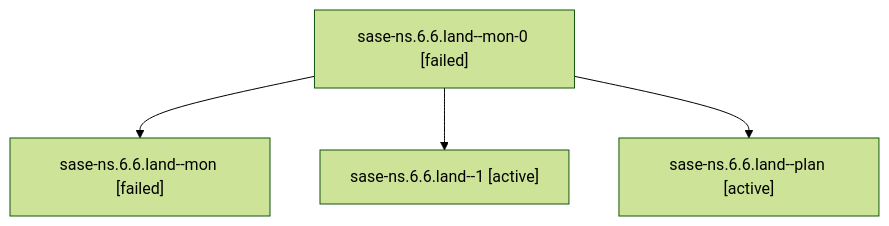
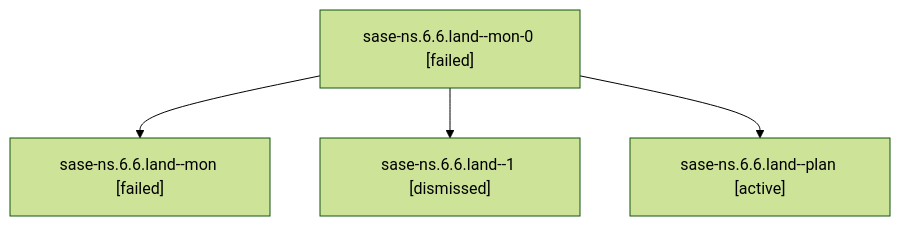
One commit to sase-org/sase--agents changed the diagram in sessions/bbugyi200.athena.sase-ns.6.6.land.md. Above: the diagram before and after it, drawn with Mermaid (forest theme). The commit also changed other lines of this file and 219 other files, not shown here.

````diff
--- a/sessions/bbugyi200.athena.sase-ns.6.6.land.md
+++ b/sessions/bbugyi200.athena.sase-ns.6.6.land.md
@@ -9,10 +9,10 @@
 ```mermaid
 flowchart TD
   n0["sase-ns.6.6.land--mon-0 [failed]"]
   n1["sase-ns.6.6.land--mon [failed]"]
   n0 --> n1
-  n2["sase-ns.6.6.land--1 [active]"]
+  n2["sase-ns.6.6.land--1 [dismissed]"]
   n0 --> n2
   n3["sase-ns.6.6.land--plan [active]"]
   n0 --> n3
 ```
````
